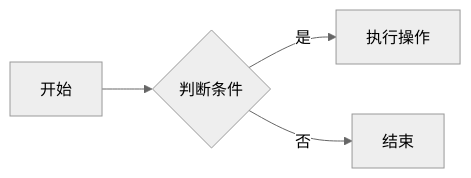
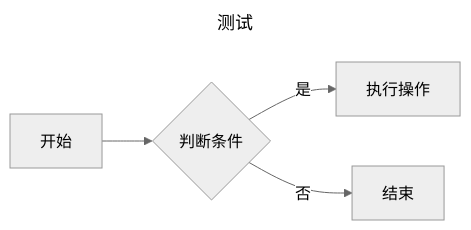
The diagram in blog/posts/大规模C++软件开发-卷1：过程与架构-笔记/大规模C++软件开发-卷1：过程与架构-笔记.md (cmixed/cmixed.github.io), drawn with Mermaid (neutral theme) before and after one commit.

Commit message:
test: new mermaid feat

````diff
--- a/blog/posts/大规模C++软件开发-卷1：过程与架构-笔记/大规模C++软件开发-卷1：过程与架构-笔记.md
+++ b/blog/posts/大规模C++软件开发-卷1：过程与架构-笔记/大规模C++软件开发-卷1：过程与架构-笔记.md
@@ -558,8 +558,11 @@
 ```mermaid
+---
+title: 测试
+---
+flowchart LR
 
-flowchart LR
     A[开始] --> B{判断条件}
     B -->|是| C[执行操作]
     B -->|否| D[结束]
 
 ```
````
